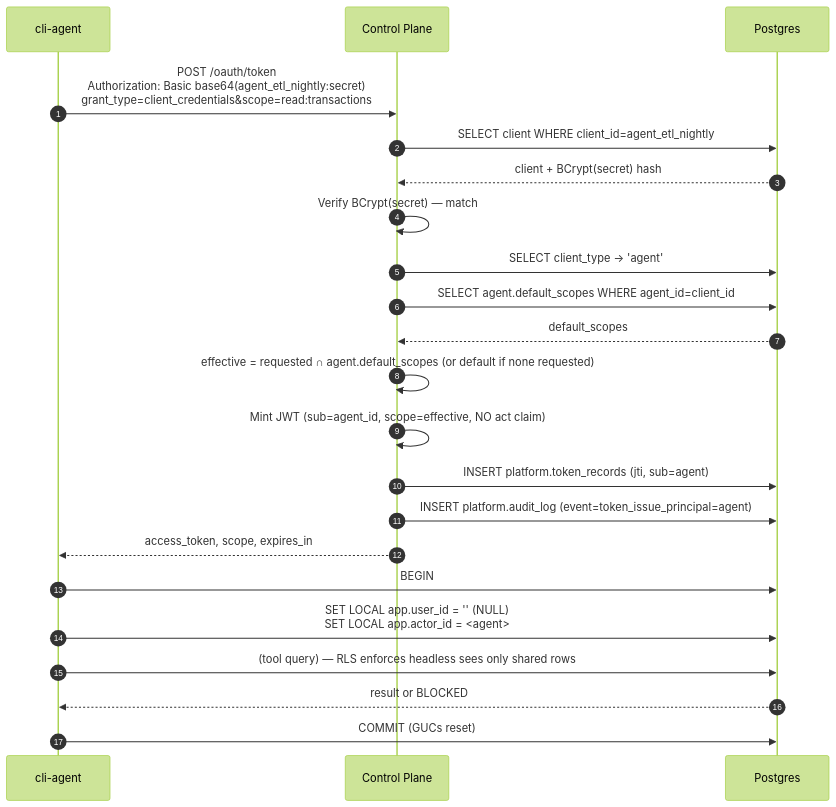
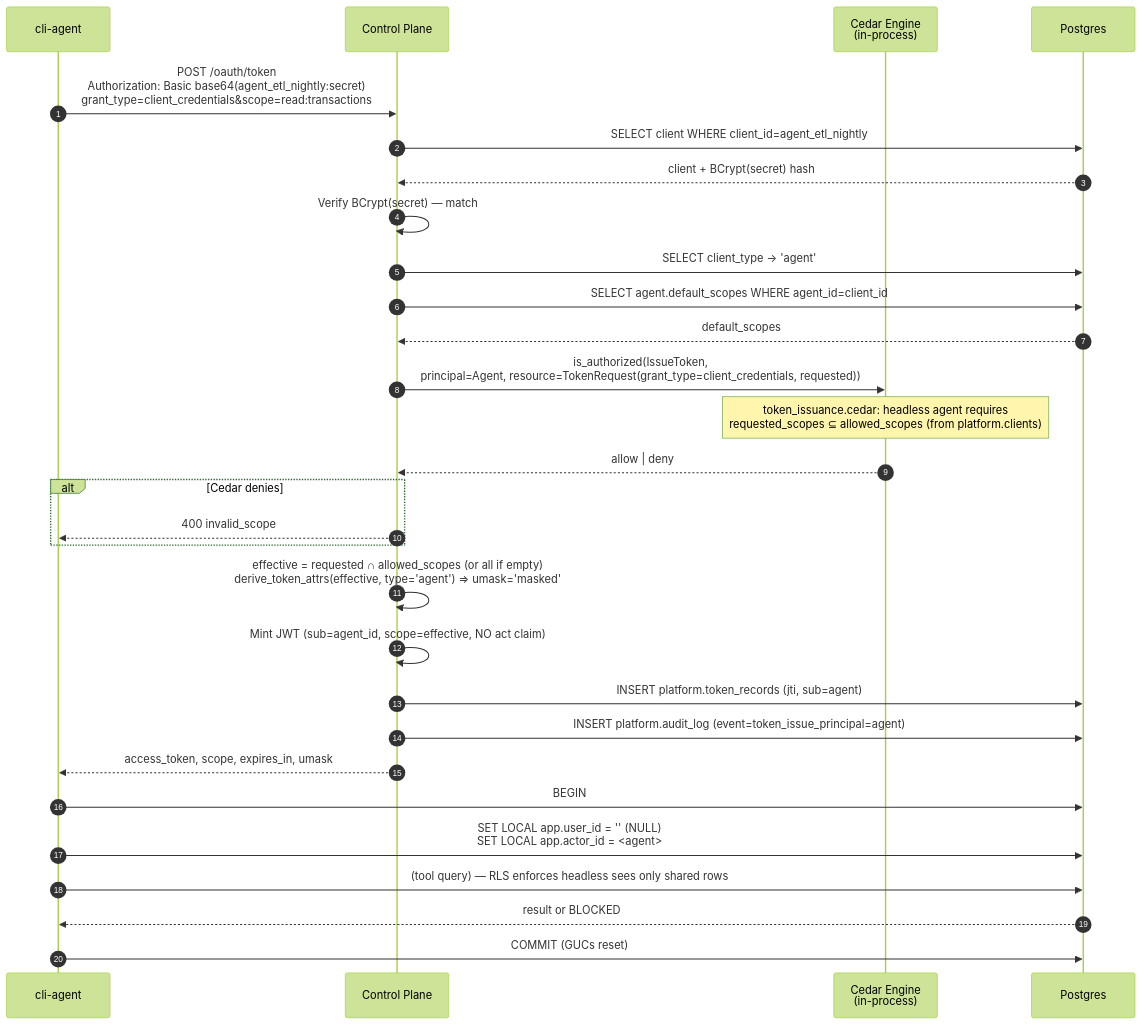
One commit to theRealMarkCastillo/identity-demo changed the fourth of 8 diagrams in docs/ARCHITECTURE.md. Above: the diagram before and after it, drawn with Mermaid (forest theme). The commit also changed other lines of this file and 22 other files, not shown here.

First line of the commit message:
Add Cedar policy engine for service-level authorization

````diff
--- a/docs/ARCHITECTURE.md
+++ b/docs/ARCHITECTURE.md
@@ -631,25 +668,32 @@
 ```mermaid
 sequenceDiagram
     autonumber
     participant A as cli-agent
     participant CP as Control Plane
+    participant CEDAR as Cedar Engine<br/>(in-process)
     participant DB as Postgres
 
     A->>CP: POST /oauth/token<br/>Authorization: Basic base64(agent_etl_nightly:secret)<br/>grant_type=client_credentials&scope=read:transactions
     CP->>DB: SELECT client WHERE client_id=agent_etl_nightly
     DB-->>CP: client + BCrypt(secret) hash
     CP->>CP: Verify BCrypt(secret) — match
     CP->>DB: SELECT client_type → 'agent'
     CP->>DB: SELECT agent.default_scopes WHERE agent_id=client_id
     DB-->>CP: default_scopes
-    CP->>CP: effective = requested ∩ agent.default_scopes (or default if none requested)
+    CP->>CEDAR: is_authorized(IssueToken,<br/>principal=Agent, resource=TokenRequest(grant_type=client_credentials, requested))
+    Note over CEDAR: token_issuance.cedar: headless agent requires<br/>requested_scopes ⊆ allowed_scopes (from platform.clients)
+    CEDAR-->>CP: allow | deny
+    alt Cedar denies
+        CP-->>A: 400 invalid_scope
+    end
+    CP->>CP: effective = requested ∩ allowed_scopes (or all if empty)<br/>derive_token_attrs(effective, type='agent') ⇒ umask='masked'
     CP->>CP: Mint JWT (sub=agent_id, scope=effective, NO act claim)
     CP->>DB: INSERT platform.token_records (jti, sub=agent)
     CP->>DB: INSERT platform.audit_log (event=token_issue_principal=agent)
-    CP-->>A: access_token, scope, expires_in
+    CP-->>A: access_token, scope, expires_in, umask
     A->>DB: BEGIN
     A->>DB: SET LOCAL app.user_id = '' (NULL)<br/>SET LOCAL app.actor_id = <agent>
     A->>DB: (tool query) — RLS enforces headless sees only shared rows
     DB-->>A: result or BLOCKED
     A->>DB: COMMIT (GUCs reset)
 ```
````
